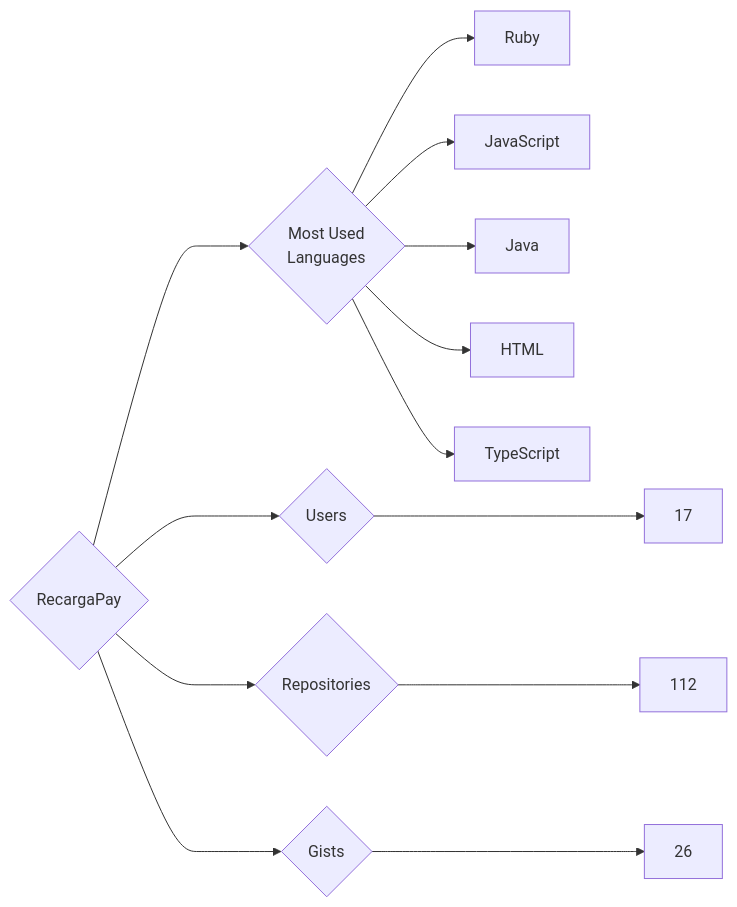
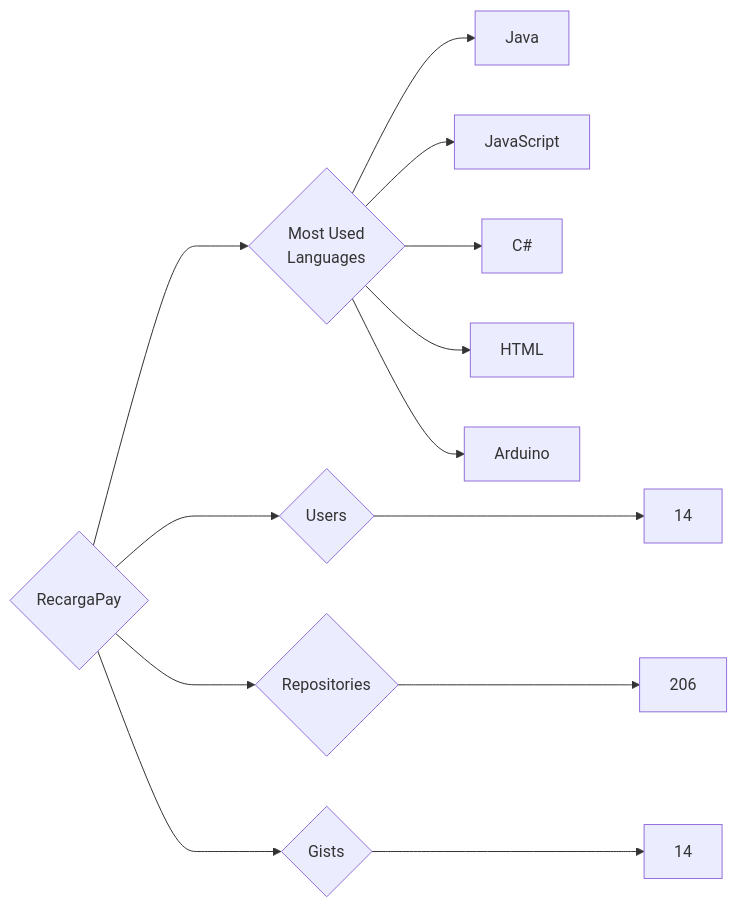
The diagram in targets/RecargaPay/README.md (trickest/insiders), drawn with Mermaid before and after one commit. The commit also changed 912 other files, not shown here.

````diff
--- a/targets/RecargaPay/README.md
+++ b/targets/RecargaPay/README.md
@@ -3,13 +3,13 @@
 ```mermaid
 graph LR
 COMPANY_NAME{RecargaPay}
-COMPANY_NAME ---> U{Users} ---> UN[17]
-COMPANY_NAME ---> R{Repositories} ---> RN[112]
-COMPANY_NAME ---> G{Gists} ---> GN[26]
+COMPANY_NAME ---> U{Users} ---> UN[14]
+COMPANY_NAME ---> R{Repositories} ---> RN[206]
+COMPANY_NAME ---> G{Gists} ---> GN[14]
 COMPANY_NAME ---> ML{Most Used<br>Languages}
-ML --> Ruby[Ruby]
+ML --> Java[Java]
 ML --> JavaScript[JavaScript]
-ML --> Java[Java]
+ML --> C#[C#]
 ML --> HTML[HTML]
-ML --> TypeScript[TypeScript]
+ML --> Arduino[Arduino]
 ```
````
